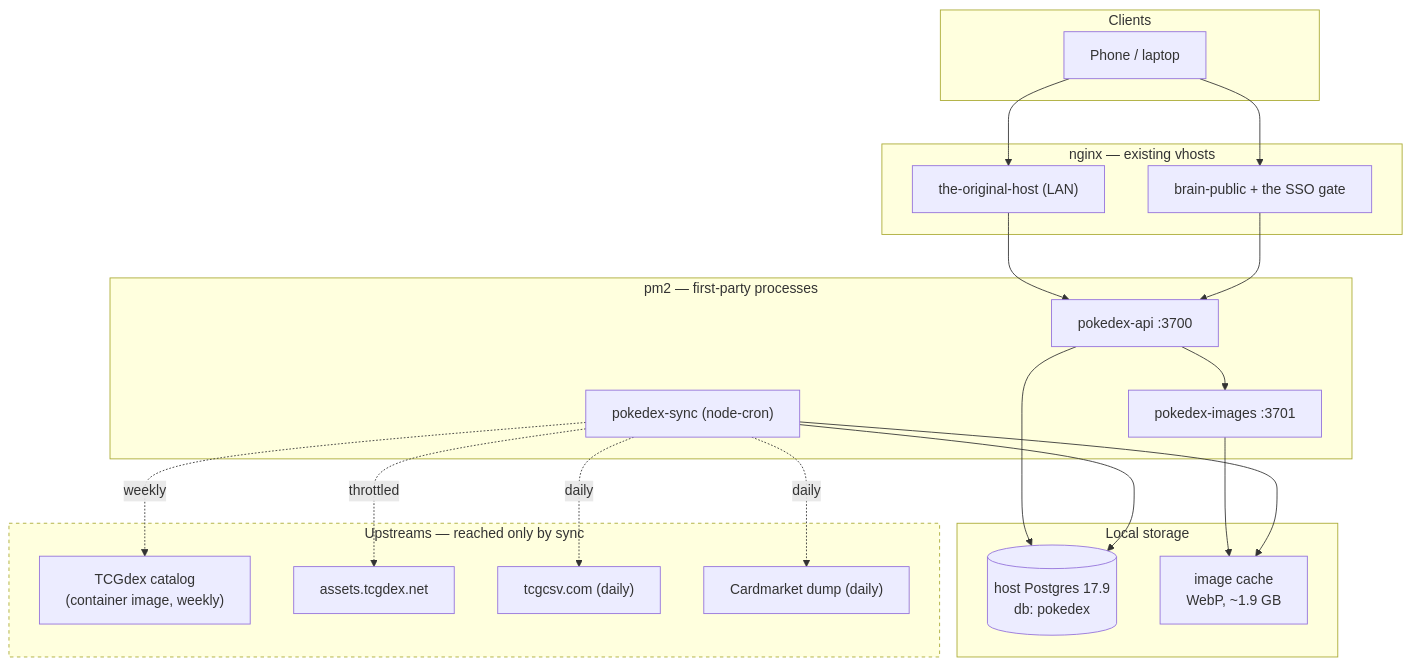
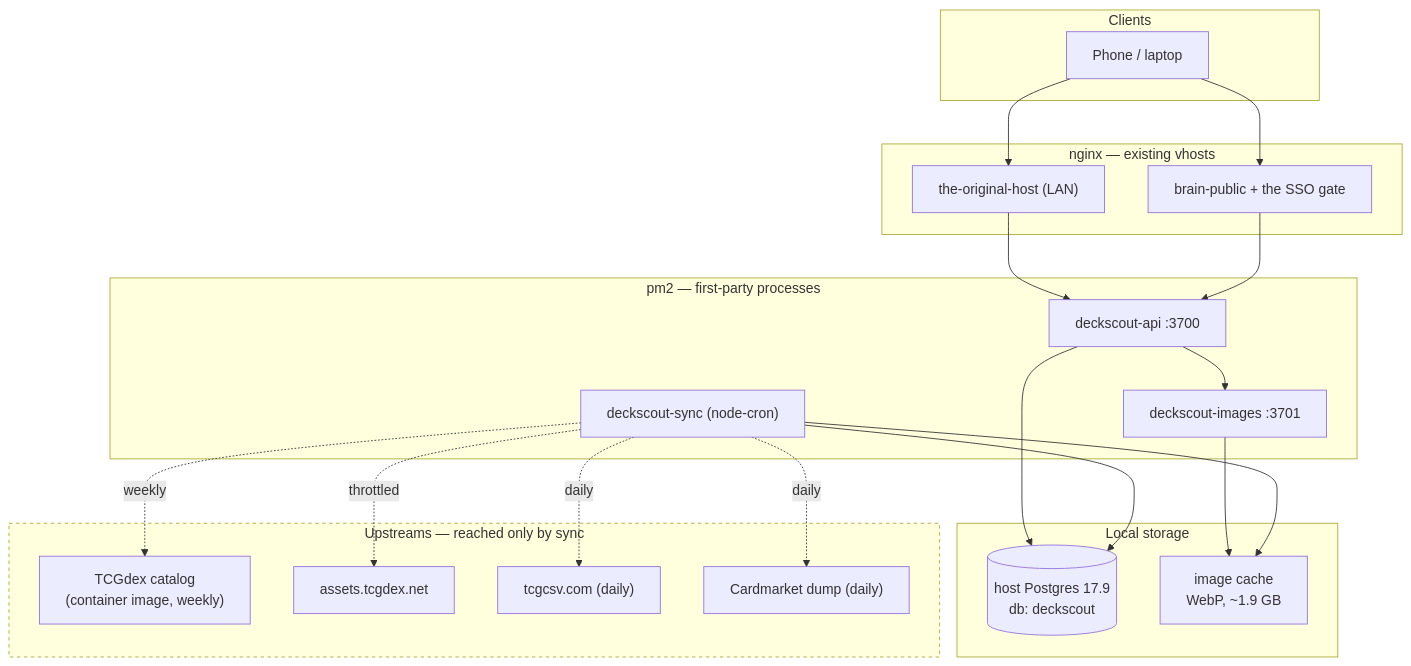
Before and after one commit to cheyras/deckpal: the diagram in ARCHITECTURE.md, drawn with Mermaid. The commit also changed other lines of this file and 93 other files, not shown here.

````diff
--- a/ARCHITECTURE.md
+++ b/ARCHITECTURE.md
@@ -51,40 +51,40 @@
 ```mermaid
 flowchart TB
     subgraph clients [Clients]
         phone[Phone / laptop]
     end
 
     subgraph nginx [nginx — existing vhosts]
         lan["the-original-host (LAN)"]
         pub["brain-public + the SSO gate"]
     end
 
     subgraph pm2 [pm2 — first-party processes]
-        api["pokedex-api :3700"]
-        img["pokedex-images :3701"]
-        sync["pokedex-sync (node-cron)"]
+        api["deckscout-api :3700"]
+        img["deckscout-images :3701"]
+        sync["deckscout-sync (node-cron)"]
     end
 
     subgraph store [Local storage]
-        pg[("host Postgres 17.9<br/>db: pokedex")]
+        pg[("host Postgres 17.9<br/>db: deckscout")]
         cache["image cache<br/>WebP, ~1.9 GB"]
     end
 
     subgraph up [Upstreams — reached only by sync]
         tcgdex["TCGdex catalog<br/>(container image, weekly)"]
         assets["assets.tcgdex.net"]
         tcgcsv["tcgcsv.com (daily)"]
         cm["Cardmarket dump (daily)"]
     end
 
     phone --> lan & pub --> api
     api --> pg
     api --> img --> cache
     sync --> pg & cache
     sync -.weekly.-> tcgdex
     sync -.throttled.-> assets
     sync -.daily.-> tcgcsv & cm
 
     classDef net stroke-dasharray: 4 4
     class up net
 ```
````
